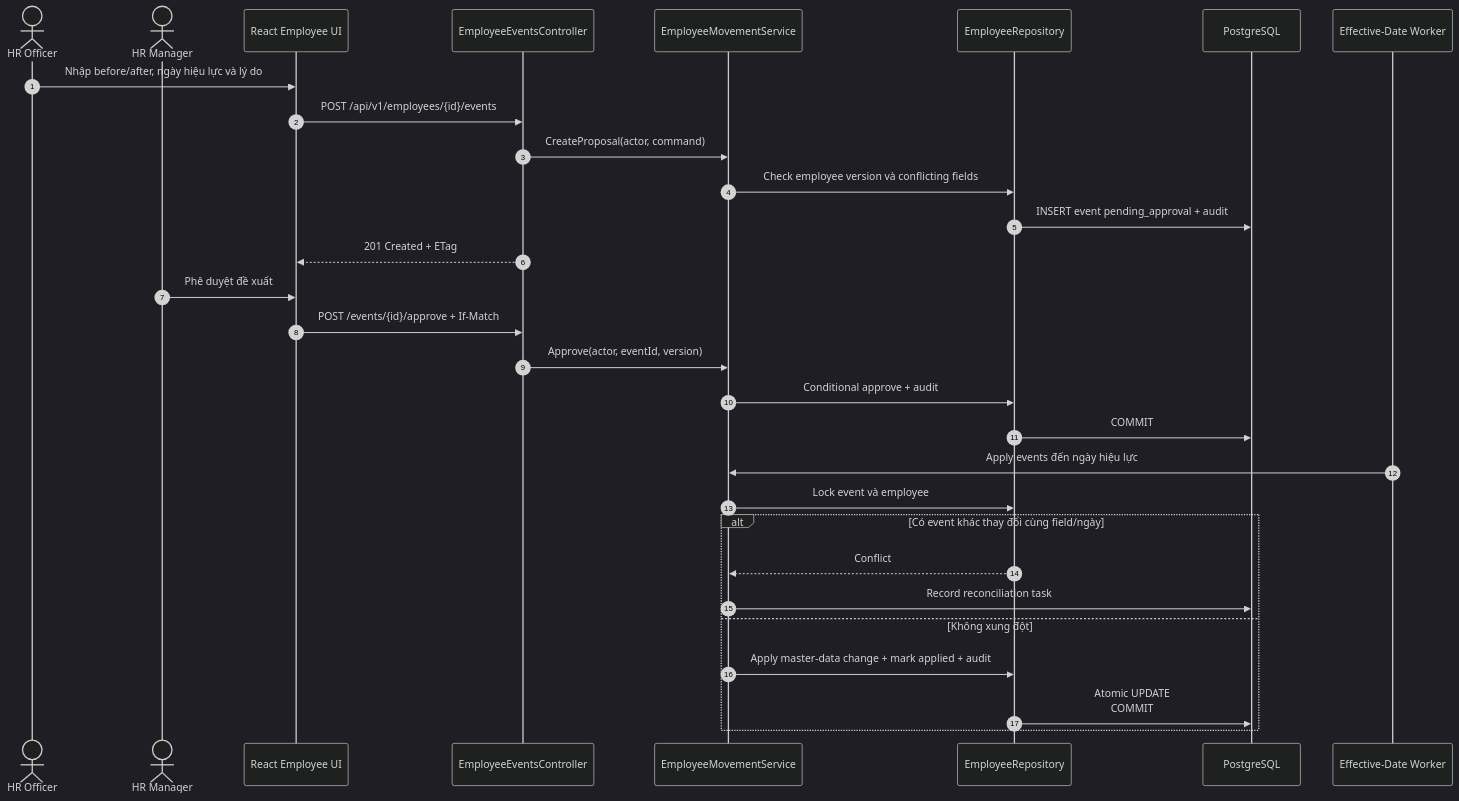
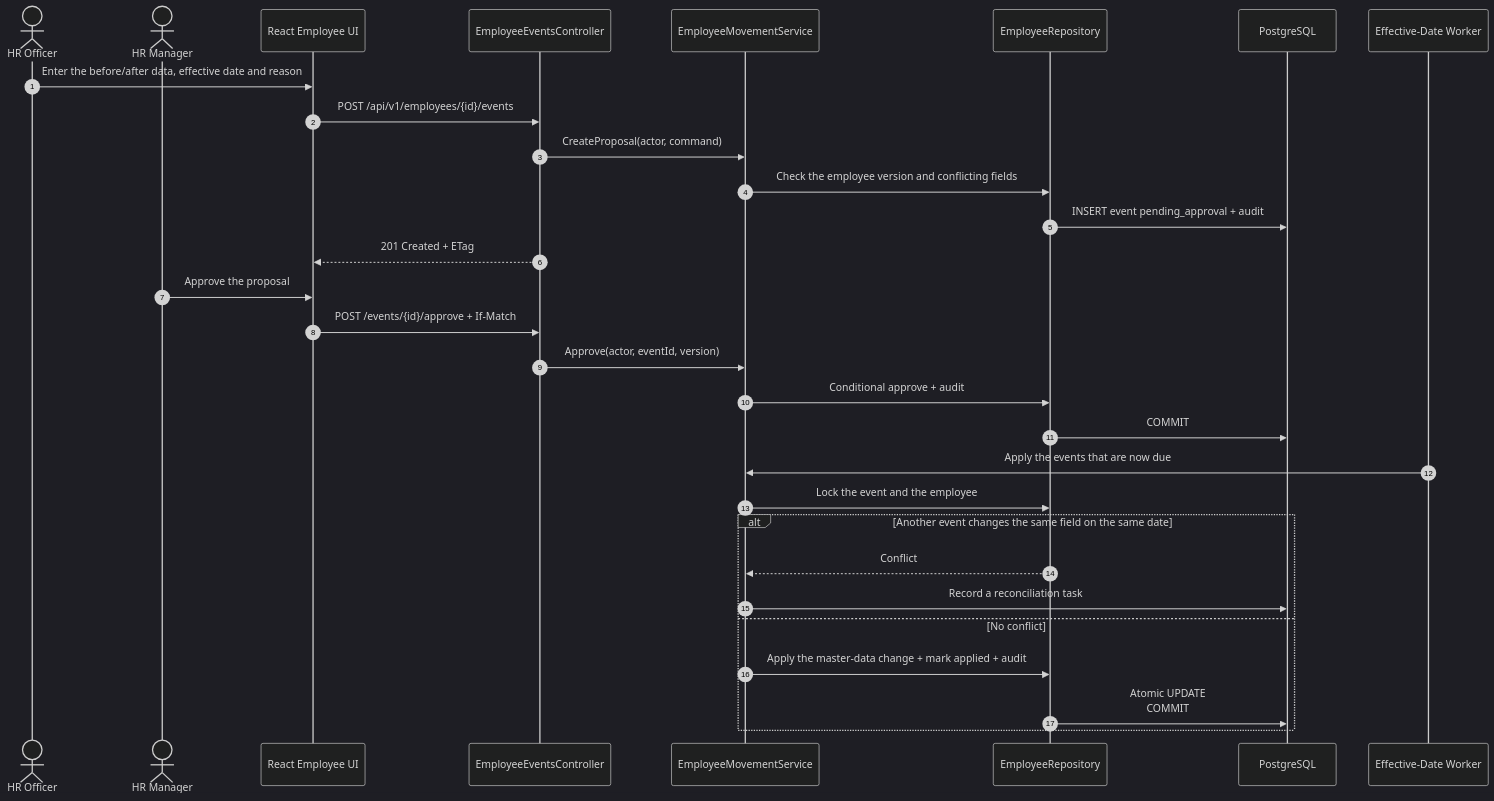
Before and after one commit to nvdat16/QLNS: the fifth of 8 diagrams in docs/sequence_diagrams.md, drawn with Mermaid (dark theme). The commit also changed other lines of this file and 25 other files, not shown here.

````diff
--- a/docs/sequence_diagrams.md
+++ b/docs/sequence_diagrams.md
@@ -225,36 +225,36 @@
 ```mermaid
 sequenceDiagram
     autonumber
     actor Officer as HR Officer
     actor Manager as HR Manager
     participant UI as React Employee UI
     participant C as EmployeeEventsController
     participant S as EmployeeMovementService
     participant Repo as EmployeeRepository
     participant DB as PostgreSQL
     participant W as Effective-Date Worker
 
-    Officer->>UI: Nhập before/after, ngày hiệu lực và lý do
+    Officer->>UI: Enter the before/after data, effective date and reason
     UI->>C: POST /api/v1/employees/{id}/events
     C->>S: CreateProposal(actor, command)
-    S->>Repo: Check employee version và conflicting fields
+    S->>Repo: Check the employee version and conflicting fields
     Repo->>DB: INSERT event pending_approval + audit
     C-->>UI: 201 Created + ETag
 
-    Manager->>UI: Phê duyệt đề xuất
+    Manager->>UI: Approve the proposal
     UI->>C: POST /events/{id}/approve + If-Match
     C->>S: Approve(actor, eventId, version)
     S->>Repo: Conditional approve + audit
     Repo->>DB: COMMIT
 
-    W->>S: Apply events đến ngày hiệu lực
-    S->>Repo: Lock event và employee
+    W->>S: Apply the events that are now due
+    S->>Repo: Lock the event and the employee
 
-    alt Có event khác thay đổi cùng field/ngày
+    alt Another event changes the same field on the same date
         Repo-->>S: Conflict
-        S->>DB: Record reconciliation task
-    else Không xung đột
-        S->>Repo: Apply master-data change + mark applied + audit
+        S->>DB: Record a reconciliation task
+    else No conflict
+        S->>Repo: Apply the master-data change + mark applied + audit
         Repo->>DB: Atomic UPDATE<br/>COMMIT
     end
 ```
````
